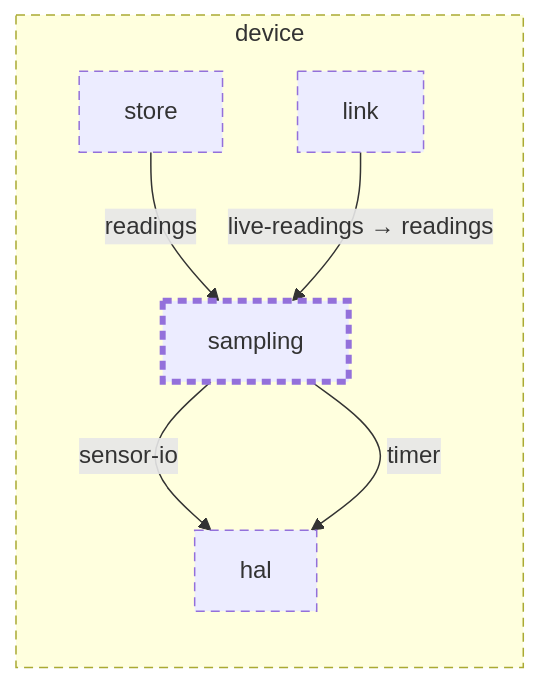
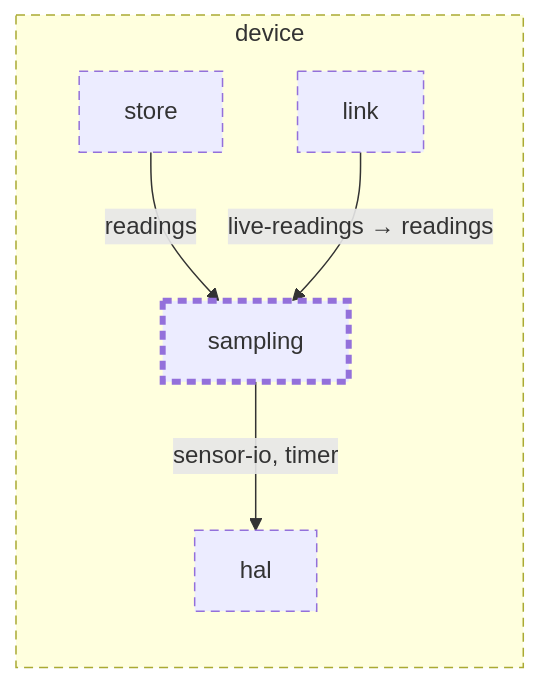
The diagram in examples/plantwatch/device/sampling/doc/diagrams/context.md (wackazong/unifold), drawn with Mermaid before and after one commit. The commit also changed other lines of this file and 330 other files, not shown here.

````diff
--- a/examples/plantwatch/device/sampling/doc/diagrams/context.md
+++ b/examples/plantwatch/device/sampling/doc/diagrams/context.md
@@ -8,21 +8,17 @@
 ```mermaid
 flowchart LR
   subgraph u_device["device"]
-    u_device_hal["hal"]
-    u_device_link["link"]
-    u_device_sampling["sampling"]
-    u_device_store["store"]
+    u_device__hal["hal"]
+    u_device__link["link"]
+    u_device__sampling["sampling"]
+    u_device__store["store"]
   end
-  u_device_sampling -->|"sensor-io"| u_device_hal
-  u_device_sampling -->|"timer"| u_device_hal
-  u_device_store -->|"readings"| u_device_sampling
-  u_device_link -->|"live-readings → readings"| u_device_sampling
-  click u_device_hal href "../../../hal/README.md"
-  click u_device_link href "../../../link/README.md"
-  click u_device_sampling href "../../README.md"
-  click u_device_store href "../../../store/README.md"
+  u_device__sampling -->|"sensor-io, timer"| u_device__hal
+  u_device__store -->|"readings"| u_device__sampling
+  u_device__link -->|"live-readings → readings"| u_device__sampling
   classDef focus stroke-width:4px
   classDef planned stroke-dasharray:6 4
-  class u_device,u_device_hal,u_device_link,u_device_sampling,u_device_store planned
-  class u_device_sampling focus
+  classDef plain stroke-dasharray:2 3
+  class u_device,u_device__hal,u_device__link,u_device__sampling,u_device__store planned
+  class u_device__sampling focus
 ```
````
